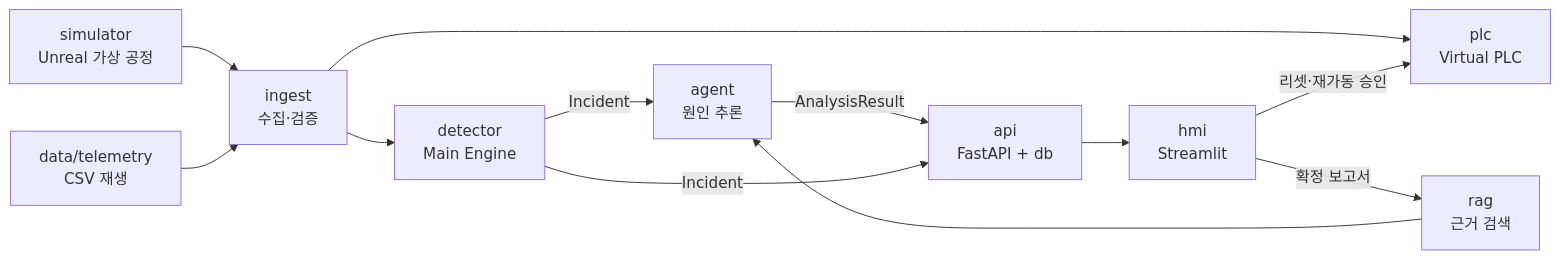
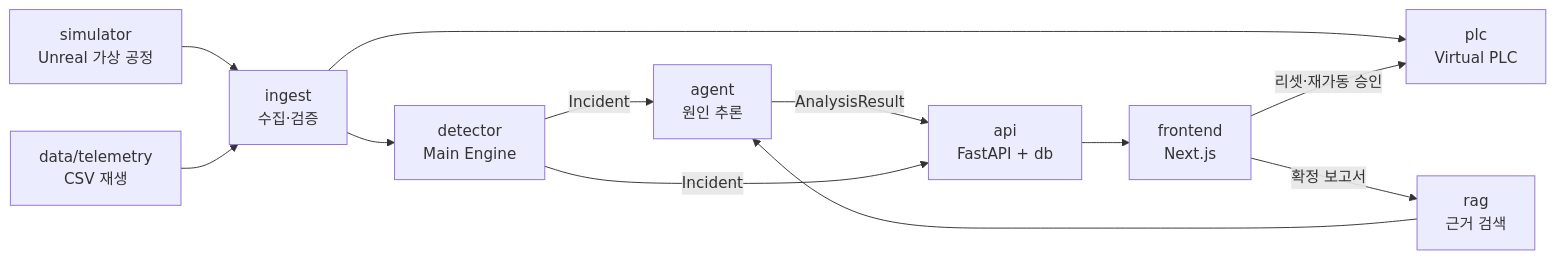
Before and after one commit to qoweh/weeing-weeing: the diagram in docs/ARCHITECTURE.md, drawn with Mermaid. The commit also changed other lines of this file and 22 other files, not shown here.

````diff
--- a/docs/ARCHITECTURE.md
+++ b/docs/ARCHITECTURE.md
@@ -5,14 +5,14 @@
 ```mermaid
 flowchart LR
   U["simulator<br>Unreal 가상 공정"] --> I["ingest<br>수집·검증"]
   CSV["data/telemetry<br>CSV 재생"] --> I
   I --> P["plc<br>Virtual PLC"]
   I --> D["detector<br>Main Engine"]
   D -- Incident --> G["agent<br>원인 추론"]
   R["rag<br>근거 검색"] --> G
   G -- AnalysisResult --> API["api<br>FastAPI + db"]
   D -- Incident --> API
-  API --> H["hmi<br>Streamlit"]
+  API --> H["frontend<br>Next.js"]
   H -- "리셋·재가동 승인" --> P
   H -- "확정 보고서" --> R
 ```
````
